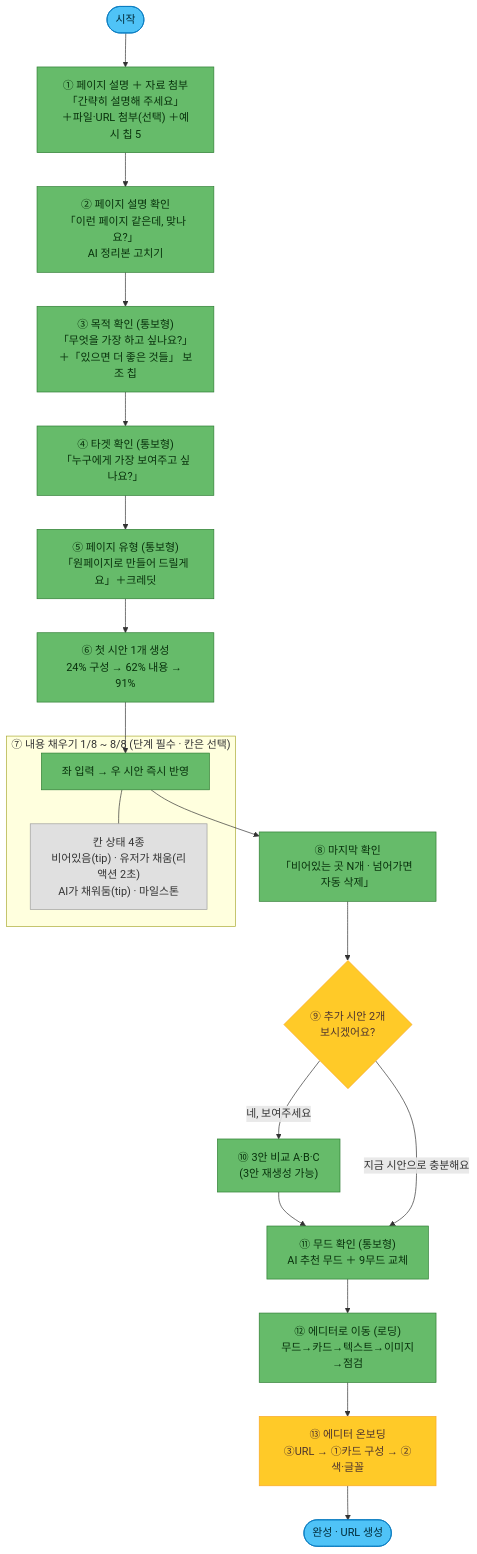
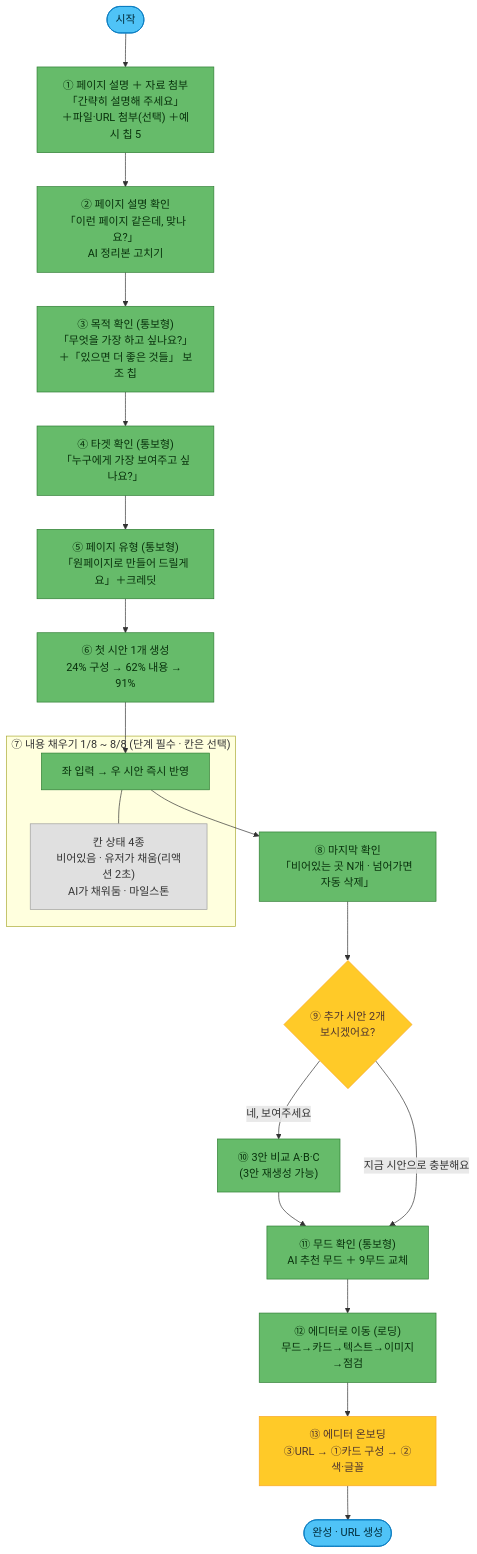
Before and after one commit to CdBd-in/cdbd-templates: the diagram in 4. AI 페이지 빌더/4-2. AI 유저 플로우.md, drawn with Mermaid. The commit also changed other lines of this file and 4 other files, not shown here.

````diff
--- a/4. AI 페이지 빌더/4-2. AI 유저 플로우.md
+++ b/4. AI 페이지 빌더/4-2. AI 유저 플로우.md
@@ -189,33 +189,33 @@
 ```mermaid
 flowchart TD
     Start(["시작"]):::term
     S1["① 페이지 설명 ＋ 자료 첨부<br/>「간략히 설명해 주세요」<br/>＋파일·URL 첨부(선택) ＋예시 칩 5"]:::req
     S2["② 페이지 설명 확인<br/>「이런 페이지 같은데, 맞나요?」<br/>AI 정리본 고치기"]:::req
     S3["③ 목적 확인 (통보형)<br/>「무엇을 가장 하고 싶나요?」<br/>＋「있으면 더 좋은 것들」 보조 칩"]:::req
     S4["④ 타겟 확인 (통보형)<br/>「누구에게 가장 보여주고 싶나요?」"]:::req
     S5["⑤ 페이지 유형 (통보형)<br/>「원페이지로 만들어 드릴게요」＋크레딧"]:::req
     S6["⑥ 첫 시안 1개 생성<br/>24% 구성 → 62% 내용 → 91%"]:::req
     subgraph P7["⑦ 내용 채우기 1/8 ~ 8/8 (단계 필수 · 칸은 선택)"]
         F1["좌 입력 → 우 시안 즉시 반영"]:::req
-        F2["칸 상태 4종<br/>비어있음(tip) · 유저가 채움(리액션 2초)<br/>AI가 채워둠(tip) · 마일스톤"]:::sub
+        F2["칸 상태 4종<br/>비어있음 · 유저가 채움(리액션 2초)<br/>AI가 채워둠 · 마일스톤"]:::sub
         F1 --- F2
     end
     S8["⑧ 마지막 확인<br/>「비어있는 곳 N개 · 넘어가면 자동 삭제」"]:::req
     S9{"⑨ 추가 시안 2개<br/>보시겠어요?"}:::opt
     S10["⑩ 3안 비교 A·B·C<br/>(3안 재생성 가능)"]:::req
     S11["⑪ 무드 확인 (통보형)<br/>AI 추천 무드 ＋ 9무드 교체"]:::req
     S12["⑫ 에디터로 이동 (로딩)<br/>무드→카드→텍스트→이미지→점검"]:::req
     S13["⑬ 에디터 온보딩<br/>③URL → ①카드 구성 → ②색·글꼴"]:::opt
     Done(["완성 · URL 생성"]):::term
 
     Start --> S1 --> S2 --> S3 --> S4 --> S5 --> S6 --> F1
     F1 --> S8 --> S9
     S9 -- "네, 보여주세요" --> S10 --> S11
     S9 -- "지금 시안으로 충분해요" --> S11
     S11 --> S12 --> S13 --> Done
 
     classDef term fill:#4FC3F7,stroke:#0277BD,color:#012B39;
     classDef opt fill:#FFCA28,stroke:#F9A825,color:#4E342E;
     classDef req fill:#66BB6A,stroke:#2E7D32,color:#08310C;
     classDef sub fill:#E0E0E0,stroke:#9E9E9E,color:#333333;
 ```
````
